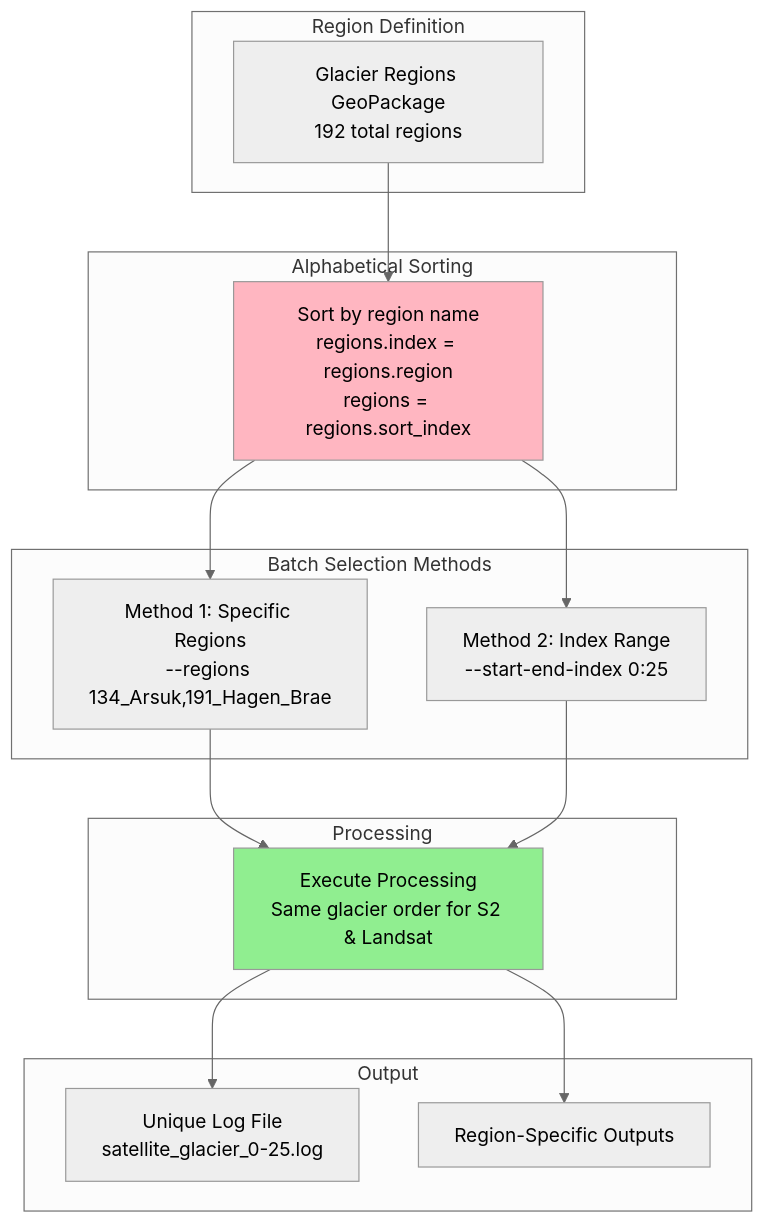
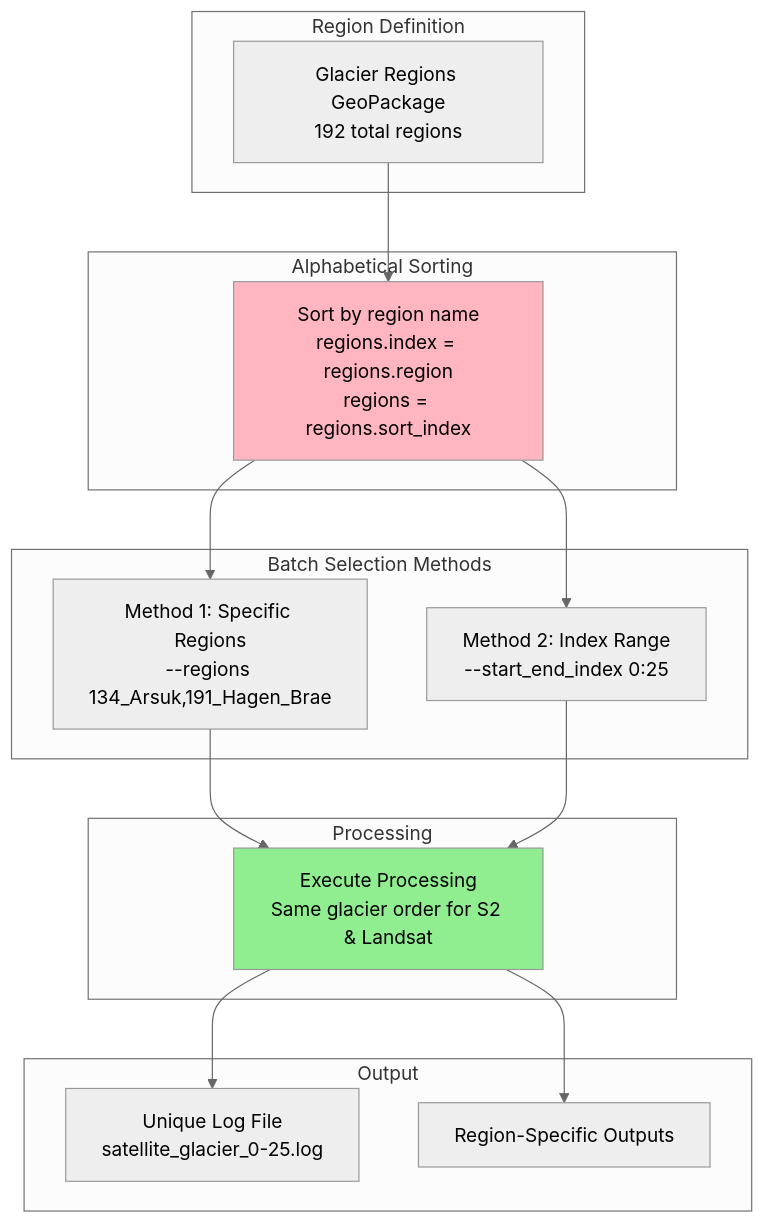
One commit to bidhya/greenland-glacier-flow changed the sixth of 11 diagrams in docs/ARCHITECTURE.md. Above: the diagram before and after it, drawn with Mermaid (neutral theme). The commit also changed other lines of this file and 9 other files, not shown here.

````diff
--- a/docs/ARCHITECTURE.md
+++ b/docs/ARCHITECTURE.md
@@ -221,35 +221,35 @@
 ```mermaid
 flowchart TD
     subgraph "Region Definition"
         GPKG[Glacier Regions GeoPackage<br/>192 total regions]
     end
     
     subgraph "Alphabetical Sorting"
         SORT[Sort by region name<br/>regions.index = regions.region<br/>regions = regions.sort_index]
     end
     
     subgraph "Batch Selection Methods"
         METHOD1[Method 1: Specific Regions<br/>--regions 134_Arsuk,191_Hagen_Brae]
-        METHOD2[Method 2: Index Range<br/>--start-end-index 0:25]
+        METHOD2[Method 2: Index Range<br/>--start_end_index 0:25]
     end
     
     subgraph "Processing"
         EXEC[Execute Processing<br/>Same glacier order for S2 & Landsat]
     end
     
     subgraph "Output"
         LOG[Unique Log File<br/>satellite_glacier_0-25.log]
         DATA[Region-Specific Outputs]
     end
     
     GPKG --> SORT
     SORT --> METHOD1
     SORT --> METHOD2
     METHOD1 --> EXEC
     METHOD2 --> EXEC
     EXEC --> LOG
     EXEC --> DATA
     
     style SORT fill:#FFB6C1
     style EXEC fill:#90EE90
 ```
````
